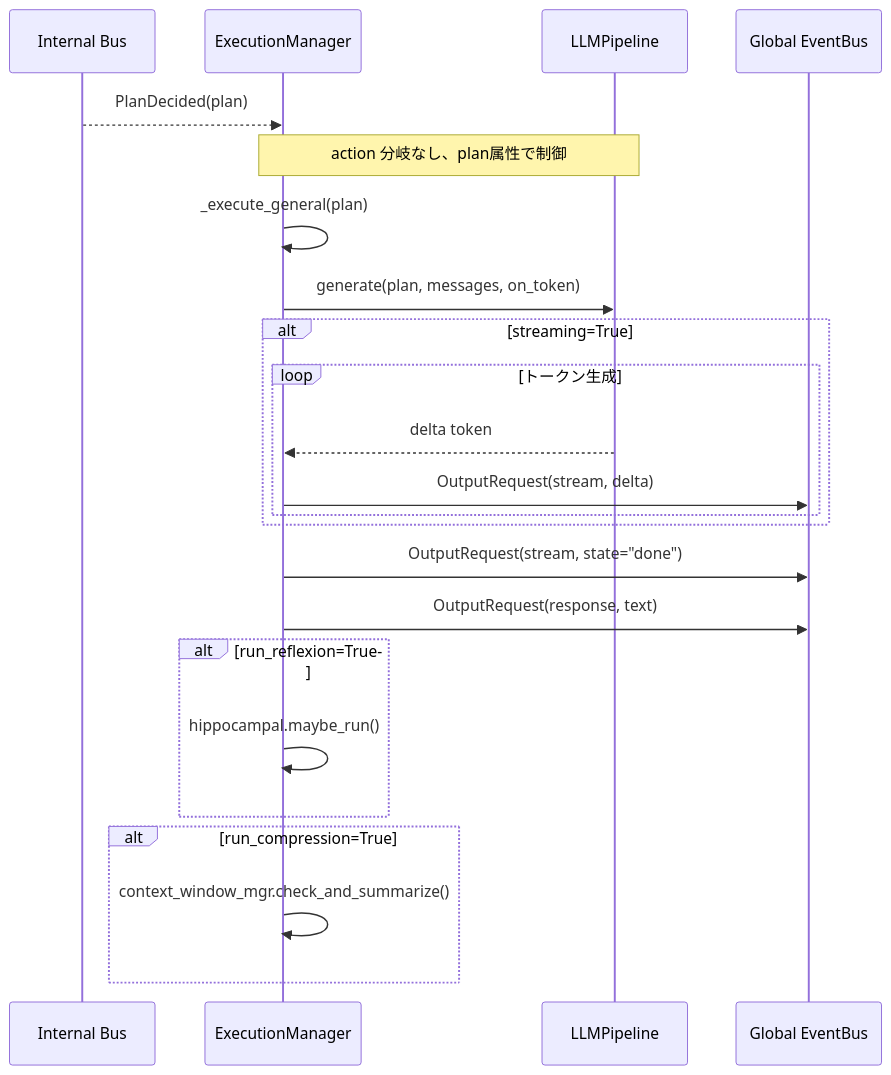
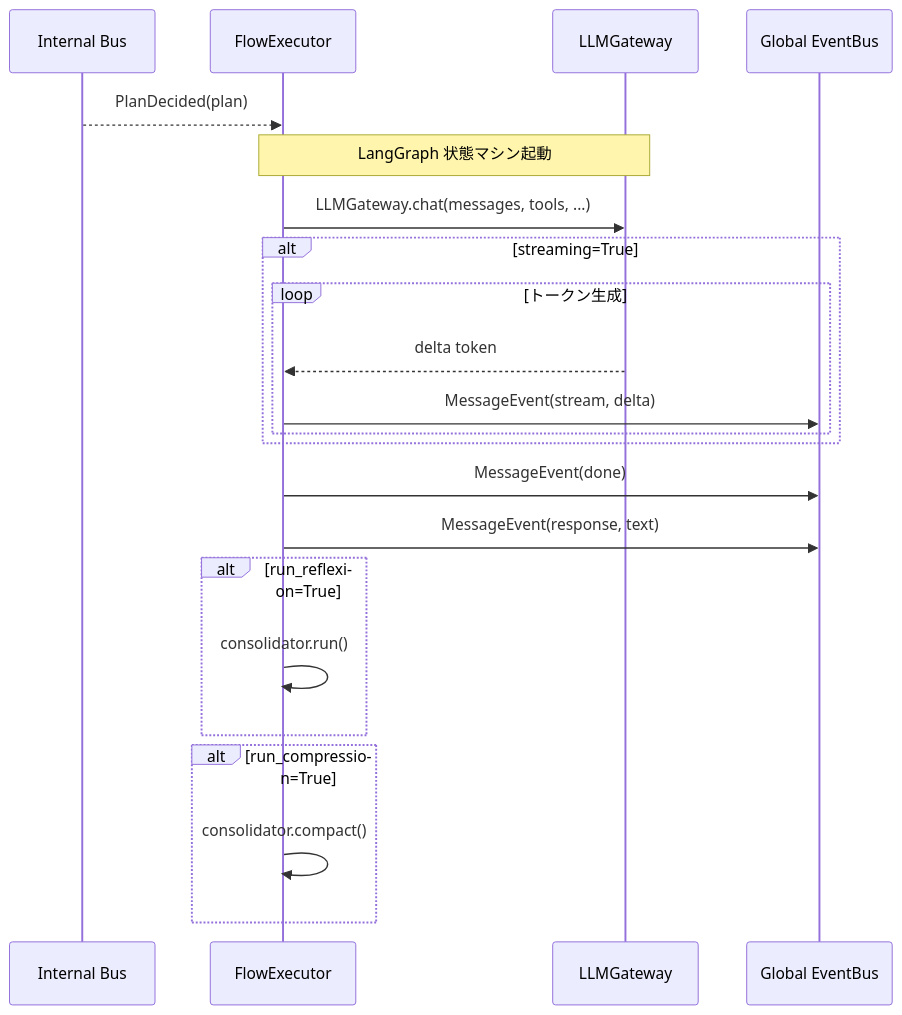
One commit to ibukani/iris-mind changed the third of 3 diagrams in docs/agency-layer.md. Above: the diagram before and after it, drawn with Mermaid. The commit also changed other lines of this file and 35 other files, not shown here.

````diff
--- a/docs/agency-layer.md
+++ b/docs/agency-layer.md
@@ -234,30 +223,29 @@
 ```mermaid
 sequenceDiagram
     participant IB as Internal Bus
-    participant EX as ExecutionManager
-    participant LLM as LLMPipeline
+    participant EX as FlowExecutor
+    participant LLM as LLMGateway
     participant EB as Global EventBus
 
     IB-->>EX: PlanDecided(plan)
 
-    Note over EX,LLM: action 分岐なし、plan属性で制御
-    EX->>EX: _execute_general(plan)
-    EX->>LLM: generate(plan, messages, on_token)
+    Note over EX,LLM: LangGraph 状態マシン起動
+    EX->>LLM: LLMGateway.chat(messages, tools, ...)
 
     alt streaming=True
         loop トークン生成
             LLM-->>EX: delta token
-            EX->>EB: OutputRequest(stream, delta)
+            EX->>EB: MessageEvent(stream, delta)
         end
     end
 
-    EX->>EB: OutputRequest(stream, state="done")
-    EX->>EB: OutputRequest(response, text)
+    EX->>EB: MessageEvent(done)
+    EX->>EB: MessageEvent(response, text)
 
     alt run_reflexion=True
-        EX->>EX: hippocampal.maybe_run()
+        EX->>EX: consolidator.run()
     end
     alt run_compression=True
-        EX->>EX: context_window_mgr.check_and_summarize()
+        EX->>EX: consolidator.compact()
     end
 ```
````
